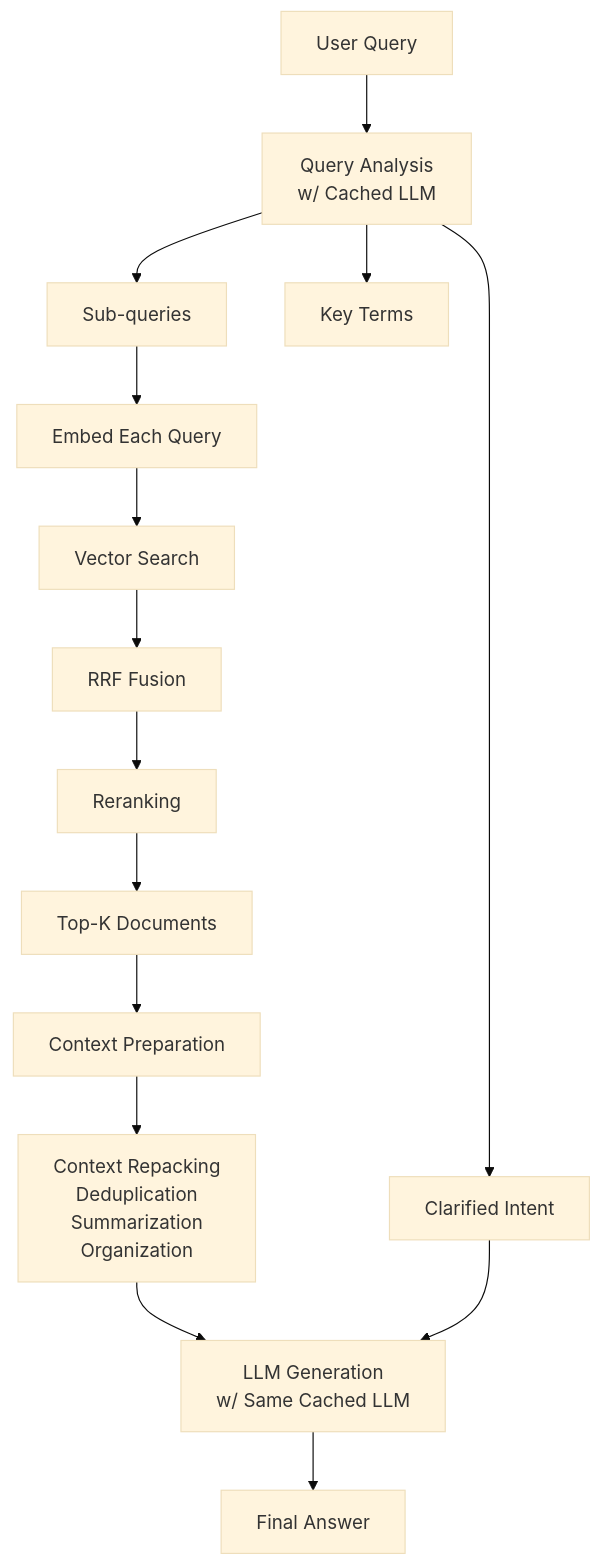
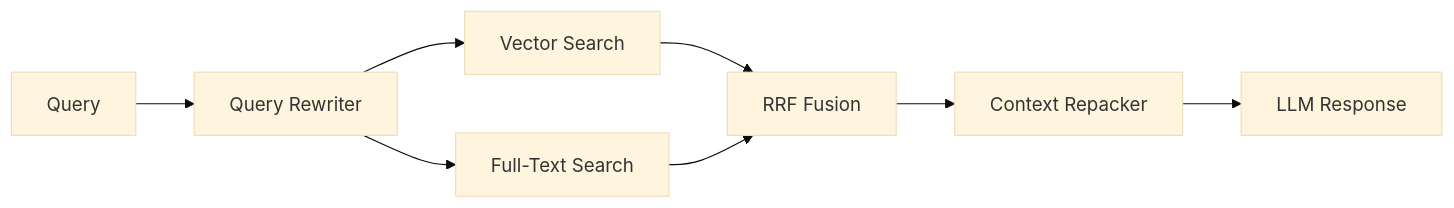
The second of 2 diagrams in README.md (scientist-labs/ragnar-cli), drawn with Mermaid (base theme) before and after one commit. The commit also changed other lines of this file, not shown here.

First line of the commit message:
Rewrite README to reflect agentic coding assistant identity

````diff
--- a/README.md
+++ b/README.md
@@ -101,24 +73,10 @@
 ```mermaid
-flowchart TB
-    Q[User Query] --> QA[Query Analysis<br/>w/ Cached LLM]
-
-    QA --> CI[Clarified Intent]
-    QA --> SQ[Sub-queries]
-    QA --> KT[Key Terms]
-
-    SQ --> EMB[Embed Each Query]
-    EMB --> VS[Vector Search]
-
+flowchart LR
+    Q[Query] --> Rewrite[Query Rewriter]
+    Rewrite --> VS[Vector Search]
+    Rewrite --> FTS[Full-Text Search]
     VS --> RRF[RRF Fusion]
-    RRF --> RANK[Reranking]
-
-    RANK --> TOP[Top-K Documents]
-    TOP --> CTX[Context Preparation]
-
-    CTX --> REPACK[Context Repacking<br/>Deduplication<br/>Summarization<br/>Organization]
-
-    REPACK --> GEN[LLM Generation<br/>w/ Same Cached LLM]
-    CI --> GEN
-
-    GEN --> ANS[Final Answer]
+    FTS --> RRF
+    RRF --> Context[Context Repacker]
+    Context --> LLM[LLM Response]
 ```
````
